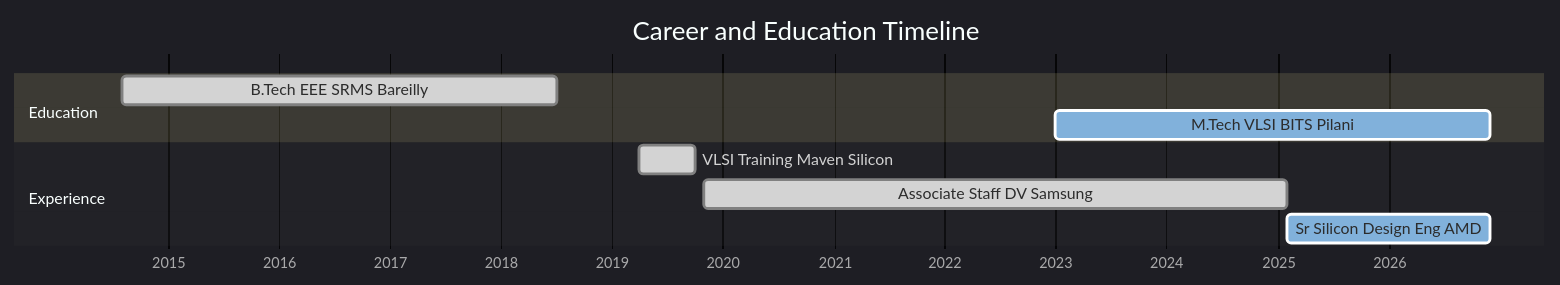
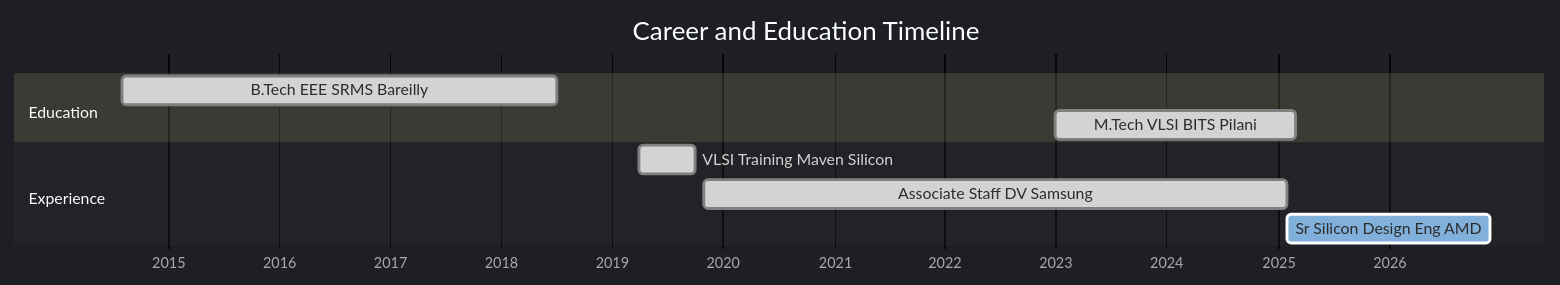
The fourth of 4 diagrams in README.md (themanmakerX/themanmakerX), drawn with Mermaid before and after one commit. The commit also changed other lines of this file, not shown here.

Commit message:
Update M.Tech status: completed (degree conferred Mar 2025)

````diff
--- a/README.md
+++ b/README.md
@@ -132,14 +132,14 @@
 ```mermaid
 %%{init: {'theme': 'dark'}}%%
 gantt
   title Career and Education Timeline
   dateFormat YYYY-MM
   axisFormat %Y
   section Education
     B.Tech EEE SRMS Bareilly      :done,    edu1, 2014-08, 2018-07
-    M.Tech VLSI BITS Pilani       :active,  edu2, 2023-01, 2026-12
+    M.Tech VLSI BITS Pilani       :done,    edu2, 2023-01, 2025-03
   section Experience
     VLSI Training Maven Silicon   :done,    exp1, 2019-04, 2019-10
     Associate Staff DV Samsung    :done,    exp2, 2019-11, 2025-02
     Sr Silicon Design Eng AMD     :active,  exp3, 2025-02, 2026-12
 ```
````
